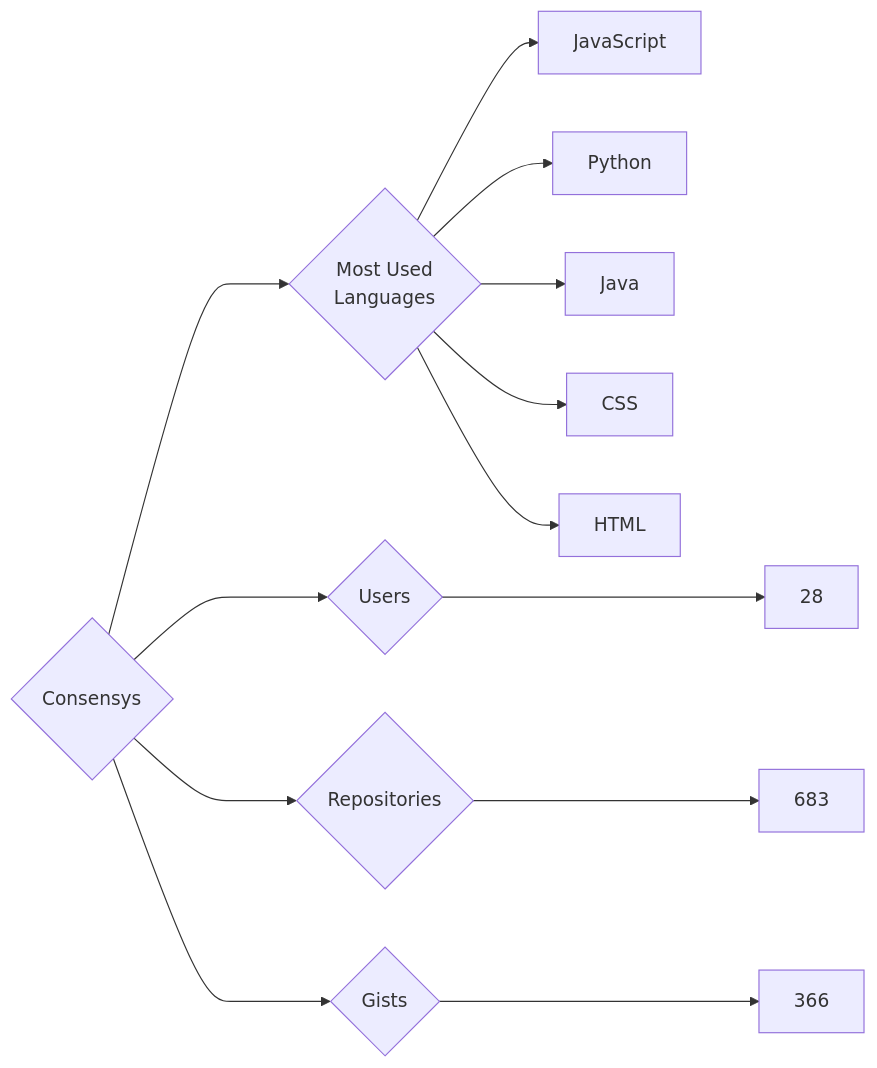
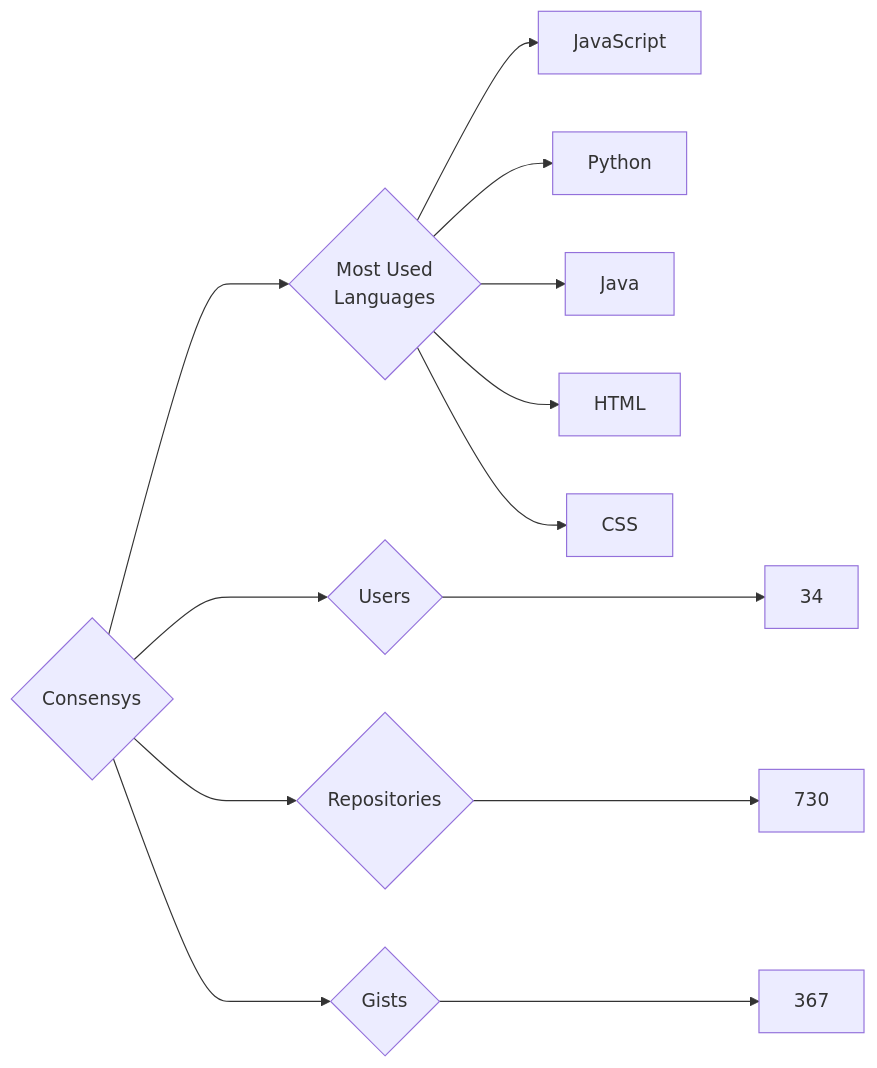
One commit to trickest/insiders changed the diagram in targets/Consensys/README.md. Above: the diagram before and after it, drawn with Mermaid. The commit also changed 693 other files, not shown here.

````diff
--- a/targets/Consensys/README.md
+++ b/targets/Consensys/README.md
@@ -3,13 +3,13 @@
 ```mermaid
 graph LR
 COMPANY_NAME{Consensys}
-COMPANY_NAME ---> U{Users} ---> UN[28]
-COMPANY_NAME ---> R{Repositories} ---> RN[683]
-COMPANY_NAME ---> G{Gists} ---> GN[366]
+COMPANY_NAME ---> U{Users} ---> UN[34]
+COMPANY_NAME ---> R{Repositories} ---> RN[730]
+COMPANY_NAME ---> G{Gists} ---> GN[367]
 COMPANY_NAME ---> ML{Most Used<br>Languages}
 ML --> JavaScript[JavaScript]
 ML --> Python[Python]
 ML --> Java[Java]
+ML --> HTML[HTML]
 ML --> CSS[CSS]
-ML --> HTML[HTML]
 ```
````
